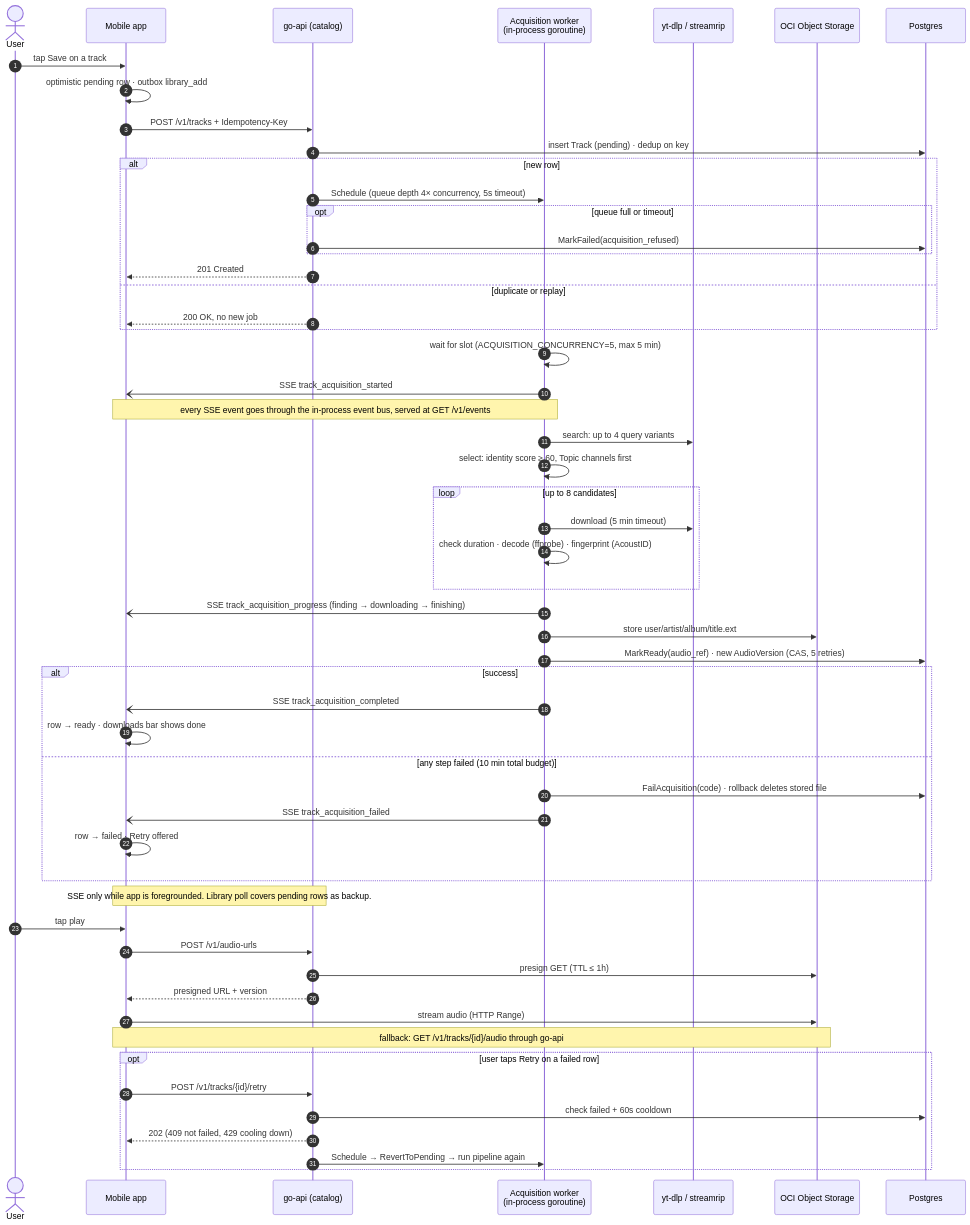
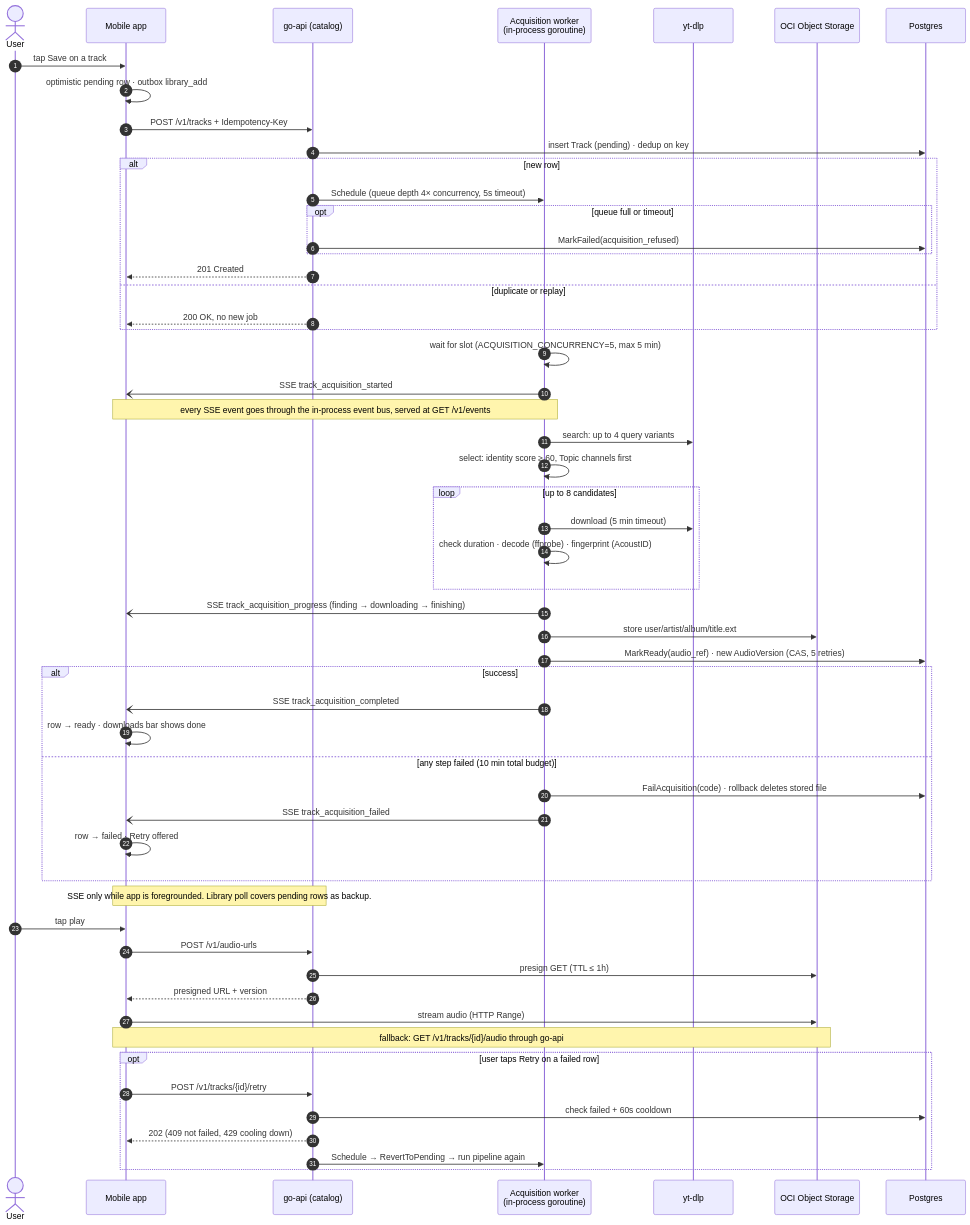
One commit to aleburrascano/altune changed the second of 2 diagrams in docs/diagrams/catalog.md. Above: the diagram before and after it, drawn with Mermaid. The commit also changed 28 other files, not shown here.

````diff
--- a/docs/diagrams/catalog.md
+++ b/docs/diagrams/catalog.md
@@ -29,61 +29,61 @@
 ```mermaid
 sequenceDiagram
     autonumber
     actor U as User
     participant App as Mobile app
     participant API as go-api (catalog)
     participant W as Acquisition worker<br/>(in-process goroutine)
-    participant Src as yt-dlp / streamrip
+    participant Src as yt-dlp
     participant OS as OCI Object Storage
     participant DB as Postgres
 
     U->>App: tap Save on a track
     App->>App: optimistic pending row · outbox library_add
     App->>API: POST /v1/tracks + Idempotency-Key
     API->>DB: insert Track (pending) · dedup on key
     alt new row
         API->>W: Schedule (queue depth 4× concurrency, 5s timeout)
         opt queue full or timeout
             API->>DB: MarkFailed(acquisition_refused)
         end
         API-->>App: 201 Created
     else duplicate or replay
         API-->>App: 200 OK, no new job
     end
 
     W->>W: wait for slot (ACQUISITION_CONCURRENCY=5, max 5 min)
     W-)App: SSE track_acquisition_started
     Note over App,W: every SSE event goes through the in-process event bus, served at GET /v1/events
     W->>Src: search: up to 4 query variants
     W->>W: select: identity score ≥ 60, Topic channels first
     loop up to 8 candidates
         W->>Src: download (5 min timeout)
         W->>W: check duration · decode (ffprobe) · fingerprint (AcoustID)
     end
     W-)App: SSE track_acquisition_progress (finding → downloading → finishing)
     W->>OS: store user/artist/album/title.ext
     W->>DB: MarkReady(audio_ref) · new AudioVersion (CAS, 5 retries)
     alt success
         W-)App: SSE track_acquisition_completed
         App->>App: row → ready · downloads bar shows done
     else any step failed (10 min total budget)
         W->>DB: FailAcquisition(code) · rollback deletes stored file
         W-)App: SSE track_acquisition_failed
         App->>App: row → failed · Retry offered
     end
     Note over App,API: SSE only while app is foregrounded. Library poll covers pending rows as backup.
 
     U->>App: tap play
     App->>API: POST /v1/audio-urls
     API->>OS: presign GET (TTL ≤ 1h)
     API-->>App: presigned URL + version
     App->>OS: stream audio (HTTP Range)
     Note over App,OS: fallback: GET /v1/tracks/{id}/audio through go-api
 
     opt user taps Retry on a failed row
         App->>API: POST /v1/tracks/{id}/retry
         API->>DB: check failed + 60s cooldown
         API-->>App: 202 (409 not failed, 429 cooling down)
         API->>W: Schedule → RevertToPending → run pipeline again
     end
 ```
````
